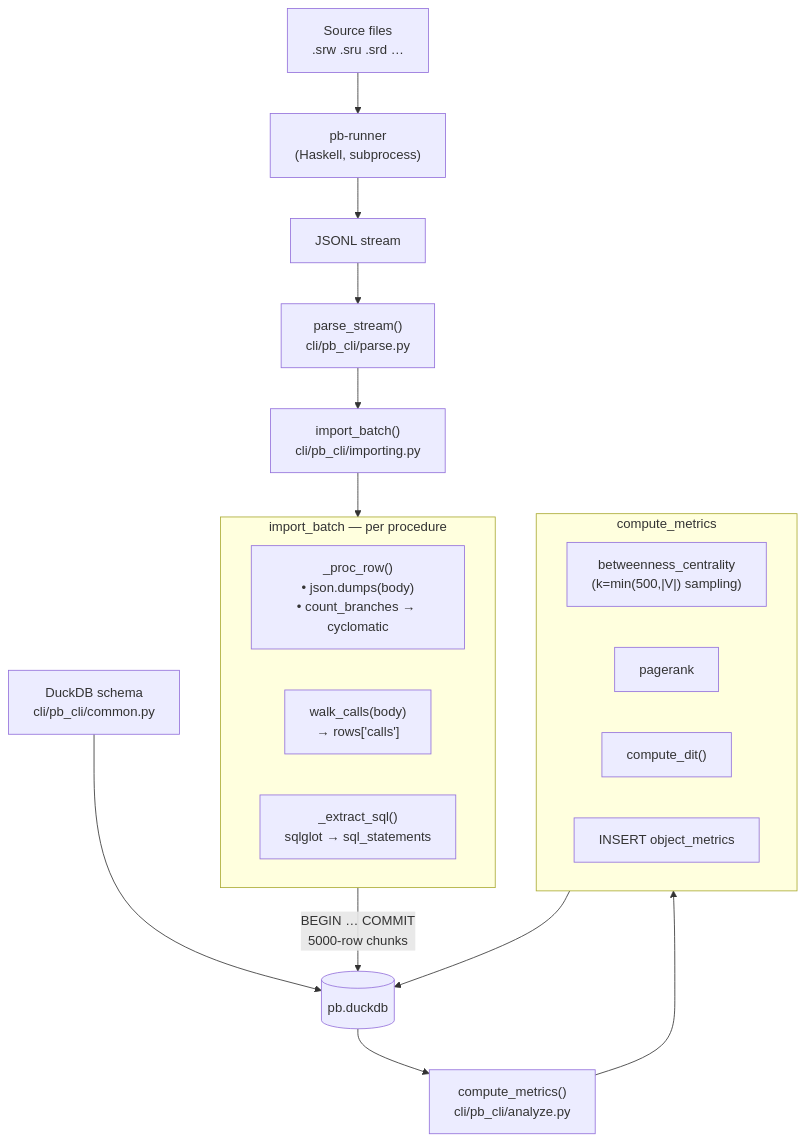
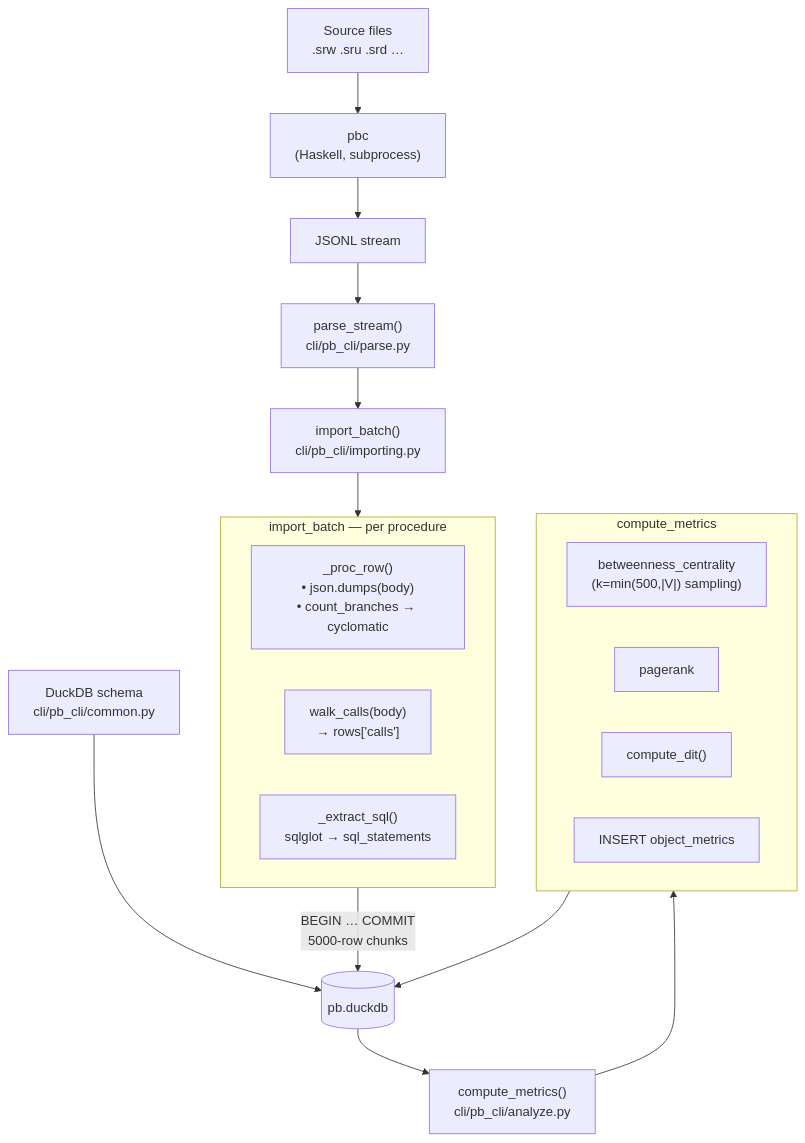
The second of 3 diagrams in doc/architecture.md (thomasmarsh/pb), drawn with Mermaid before and after one commit. The commit also changed other lines of this file and 80 other files, not shown here.

First line of the commit message:
refactor(haskell): rename parser/ to compiler/, pb-ast to pb-compiler, pb-runner to pbc (plan 118 - H3)

````diff
--- a/doc/architecture.md
+++ b/doc/architecture.md
@@ -179,31 +179,31 @@
 ```mermaid
 flowchart TD
     SRC["Source files\n.srw .sru .srd …"]
-    RUNNER["pb-runner\n(Haskell, subprocess)"]
+    RUNNER["pbc\n(Haskell, subprocess)"]
     JSONL["JSONL stream"]
     PARSE["parse_stream()\ncli/pb_cli/parse.py"]
     IMPORT["import_batch()\ncli/pb_cli/importing.py"]
     SCHEMA["DuckDB schema\ncli/pb_cli/common.py"]
 
     subgraph IMPORT_DETAIL["import_batch — per procedure"]
         PROC_ROW["_proc_row()\n• json.dumps(body)\n• count_branches → cyclomatic"]
         WALK["walk_calls(body)\n→ rows['calls']"]
         SQL_PARSE["_extract_sql()\nsqlglot → sql_statements"]
     end
 
     DB[("pb.duckdb")]
     METRICS["compute_metrics()\ncli/pb_cli/analyze.py"]
 
     subgraph METRICS_DETAIL["compute_metrics"]
         BC["betweenness_centrality\n(k=min(500,|V|) sampling)"]
         PR["pagerank"]
         DIT["compute_dit()"]
         INS["INSERT object_metrics"]
     end
 
     SRC --> RUNNER --> JSONL --> PARSE --> IMPORT
     SCHEMA --> DB
     IMPORT --> IMPORT_DETAIL
     IMPORT_DETAIL -->|"BEGIN … COMMIT\n5000-row chunks"| DB
     DB --> METRICS --> METRICS_DETAIL --> DB
 ```
````
